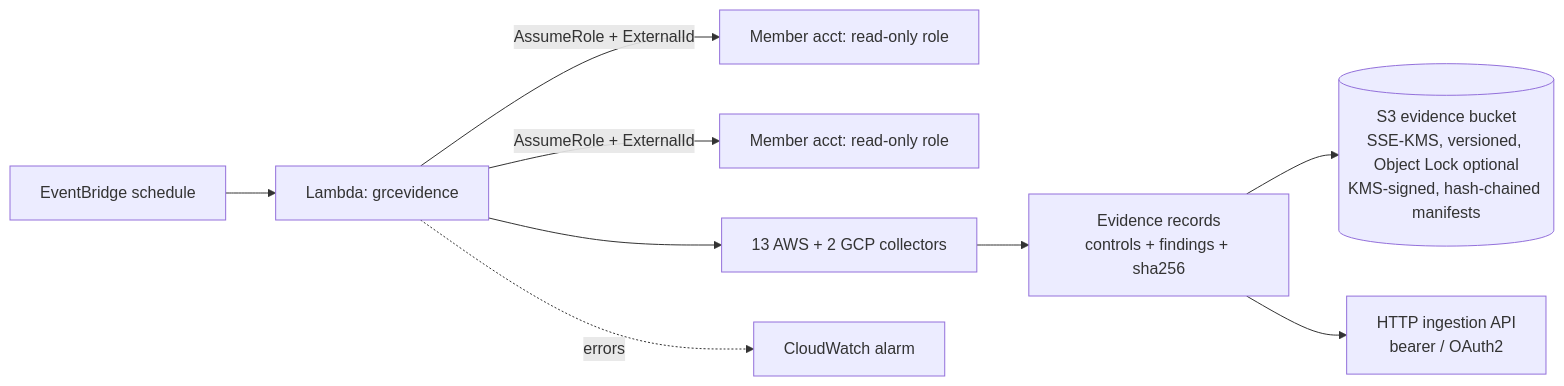
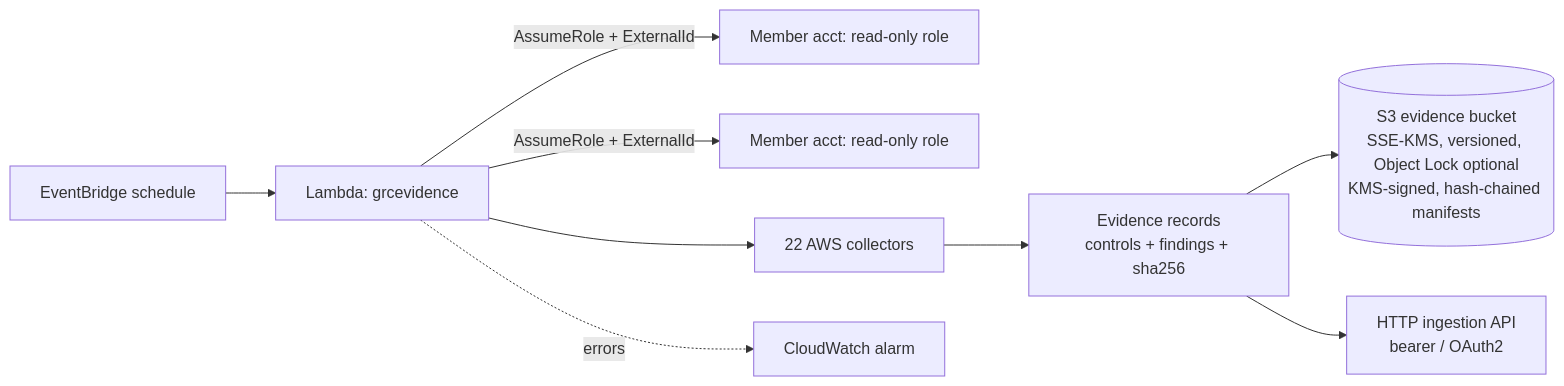
Before and after one commit to DustyStudy/grc-evidence-automation: the diagram in README.md, drawn with Mermaid. The commit also changed other lines of this file and 16 other files, not shown here.

````diff
--- a/README.md
+++ b/README.md
@@ -15,11 +15,11 @@
 ```mermaid
 flowchart LR
   EB[EventBridge schedule] --> L[Lambda: grcevidence]
   L -->|AssumeRole + ExternalId| M1[Member acct: read-only role]
   L -->|AssumeRole + ExternalId| M2[Member acct: read-only role]
-  L --> C[13 AWS + 2 GCP collectors]
+  L --> C[22 AWS collectors]
   C --> E[Evidence records<br/>controls + findings + sha256]
   E --> S3[(S3 evidence bucket<br/>SSE-KMS, versioned, Object Lock optional<br/>KMS-signed, hash-chained manifests)]
   E --> H[HTTP ingestion API<br/>bearer / OAuth2]
   L -. errors .-> A[CloudWatch alarm]
 ```
````
